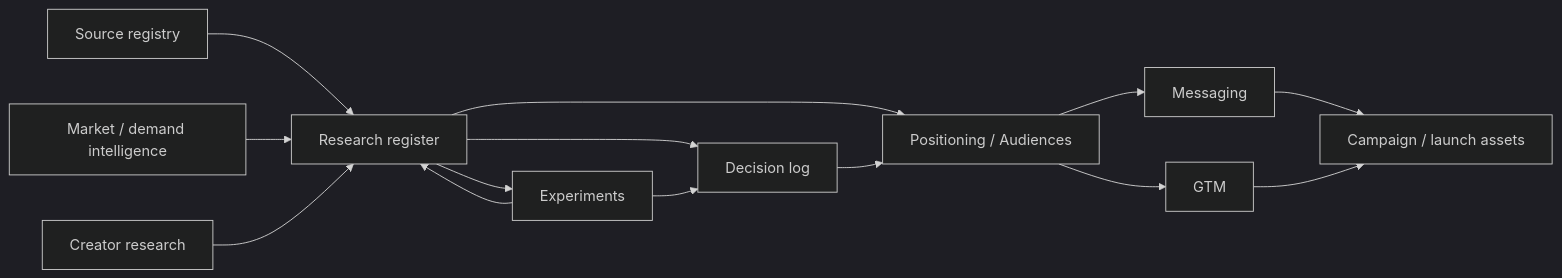
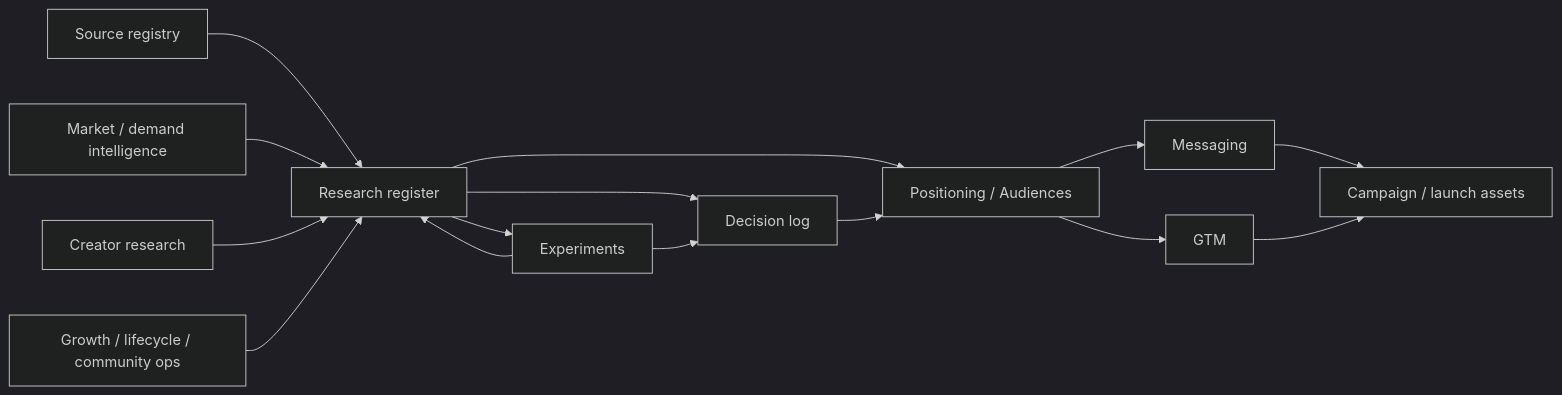
One commit to az1nn/openband changed the diagram in docs/marketing/research-register.md. Above: the diagram before and after it, drawn with Mermaid (dark theme). The commit also changed other lines of this file, not shown here.

Commit message:
docs(marketing): add growth and community research hypotheses

````diff
--- a/docs/marketing/research-register.md
+++ b/docs/marketing/research-register.md
@@ -87,16 +94,17 @@
 ```mermaid
 flowchart LR
   S[Source registry] --> R[Research register]
   MI[Market / demand intelligence] --> R
   CR[Creator research] --> R
+  GO[Growth / lifecycle / community ops] --> R
   R --> D[Decision log]
   R --> P[Positioning / Audiences]
   D --> P
   P --> M[Messaging]
   P --> G[GTM]
   R --> E[Experiments]
   E --> R
   E --> D
   M --> C[Campaign / launch assets]
   G --> C
 ```
````
